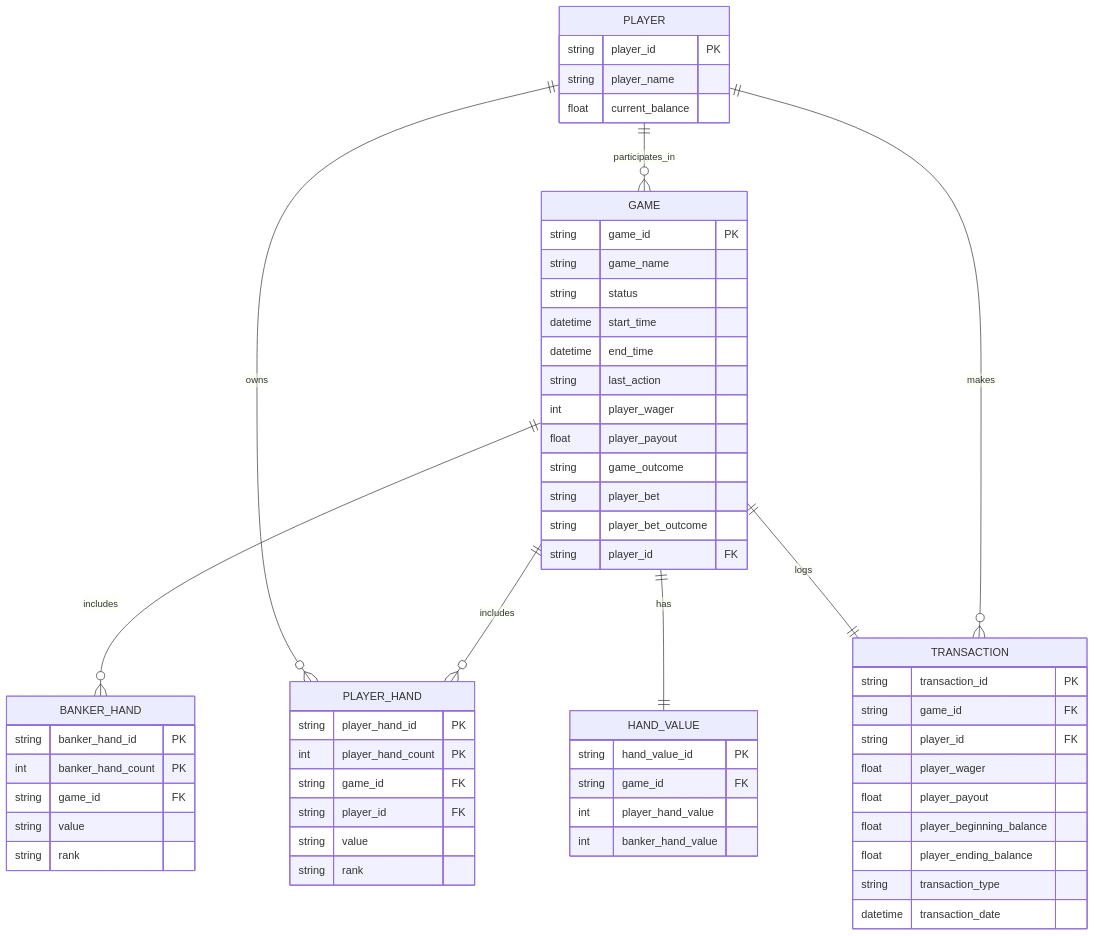
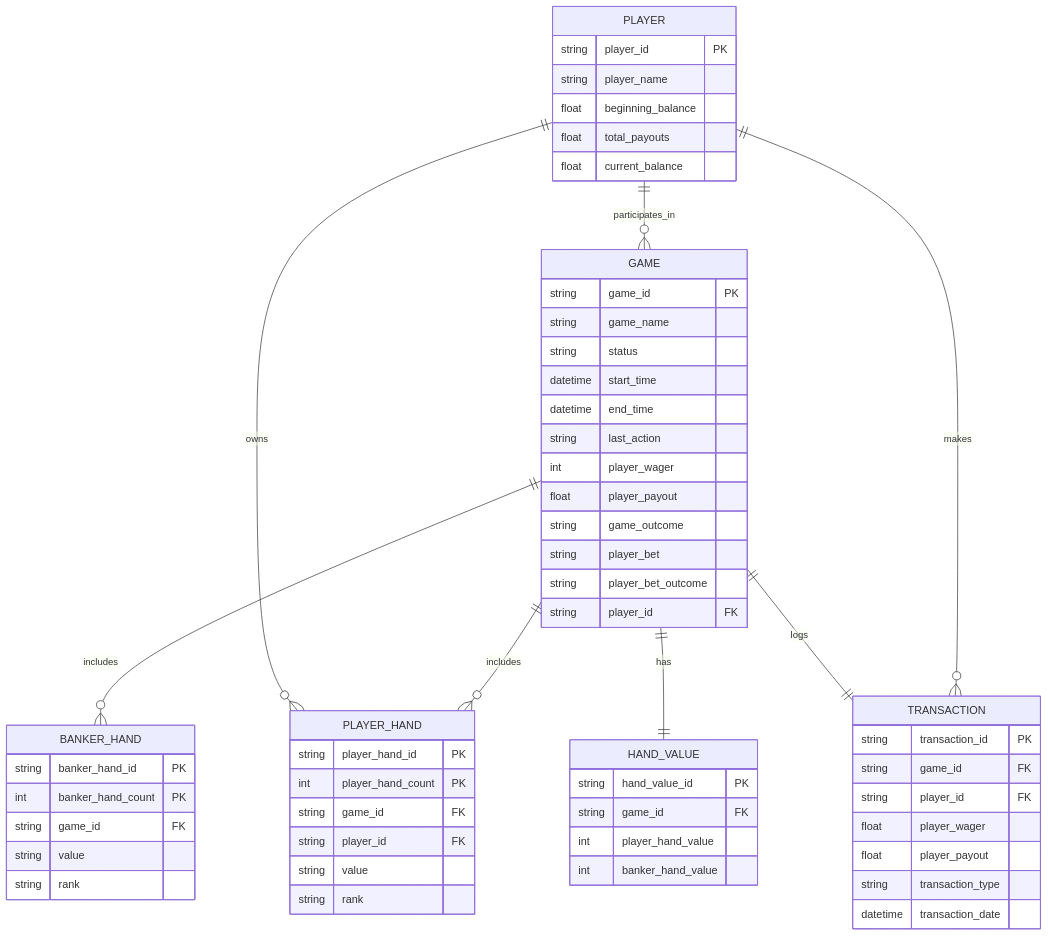
One commit to projectcauchy/ProjectCauchy changed the diagram in app-server/diagrams/baccarat_erd.mmd. Above: the diagram before and after it, drawn with Mermaid. The commit also changed 1 other file, not shown here.

Commit message:
API: Removed beginning and ending balance

```diff
--- a/app-server/diagrams/baccarat_erd.mmd
+++ b/app-server/diagrams/baccarat_erd.mmd
@@ -1,65 +1,65 @@
 erDiagram
     PLAYER {
         string player_id PK
         string player_name
+        float beginning_balance
+        float total_payouts
         float current_balance
     }
 
     GAME {
         string game_id PK
         string game_name
         string status
         datetime start_time
         datetime end_time
         string last_action
         int player_wager
         float player_payout
         string game_outcome
         string player_bet
         string player_bet_outcome
         string player_id FK
     }
 
     PLAYER_HAND {
         string player_hand_id PK
         int player_hand_count PK
         string game_id FK
         string player_id FK
         string value
         string rank
     }
 
     BANKER_HAND {
         string banker_hand_id PK
         int banker_hand_count PK
         string game_id FK
         string value
         string rank
     }
 
     HAND_VALUE {
         string hand_value_id PK
         string game_id FK
         int player_hand_value
         int banker_hand_value
     }
 
     TRANSACTION {
         string transaction_id PK
         string game_id FK
         string player_id FK
         float player_wager
         float player_payout
-        float player_beginning_balance
-        float player_ending_balance
         string transaction_type
         datetime transaction_date
     }
 
     PLAYER ||--o{ GAME : participates_in
     GAME ||--o{ PLAYER_HAND : includes
     PLAYER ||--o{ PLAYER_HAND : owns
     GAME ||--o{ BANKER_HAND : includes
     GAME ||--|| HAND_VALUE : has
     PLAYER ||--o{ TRANSACTION : makes
     GAME ||--|| TRANSACTION : logs
```
